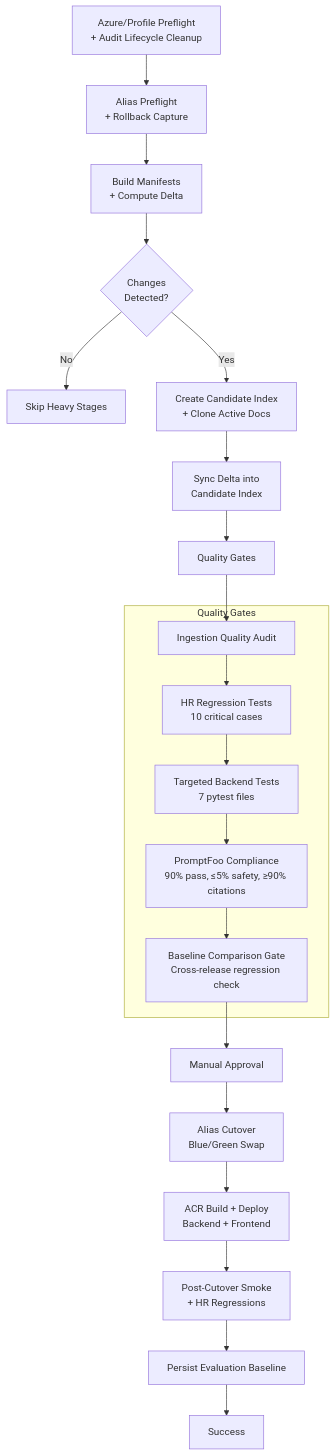
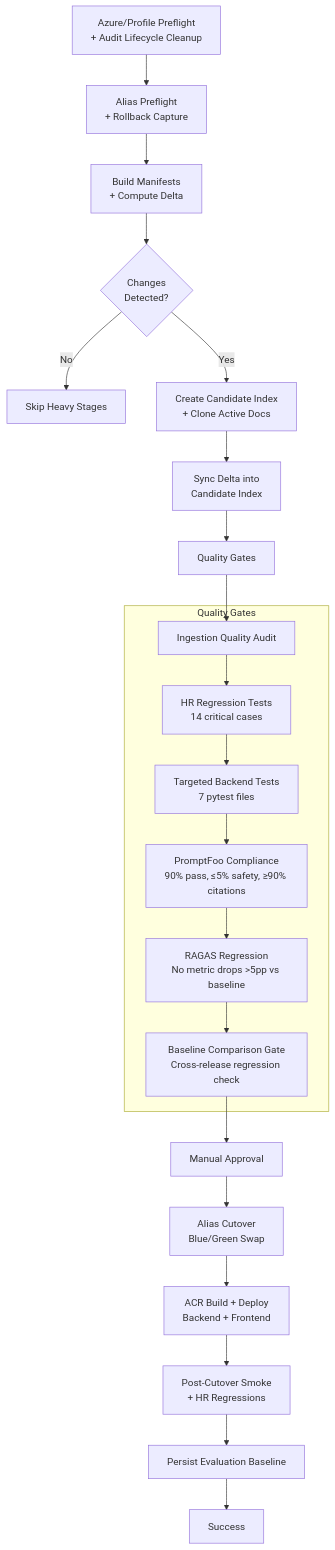
Before and after one commit to sajor2000/rush_policy_rag: the first of 2 diagrams in docs/AUDIT_AND_QUALITY.md, drawn with Mermaid. The commit also changed other lines of this file and 30 other files, not shown here.

````diff
--- a/docs/AUDIT_AND_QUALITY.md
+++ b/docs/AUDIT_AND_QUALITY.md
@@ -237,26 +237,27 @@
 ```mermaid
 flowchart TB
     A[Azure/Profile Preflight<br>+ Audit Lifecycle Cleanup] --> B[Alias Preflight<br>+ Rollback Capture]
     B --> C[Build Manifests<br>+ Compute Delta]
     C --> D{Changes<br>Detected?}
     D -->|No| Z[Skip Heavy Stages]
     D -->|Yes| E[Create Candidate Index<br>+ Clone Active Docs]
     E --> F[Sync Delta into<br>Candidate Index]
     F --> G[Quality Gates]
 
     subgraph gates [Quality Gates]
         G1[Ingestion Quality Audit]
-        G2[HR Regression Tests<br>10 critical cases]
+        G2[HR Regression Tests<br>14 critical cases]
         G3[Targeted Backend Tests<br>7 pytest files]
         G4[PromptFoo Compliance<br>90% pass, ≤5% safety, ≥90% citations]
-        G5[Baseline Comparison Gate<br>Cross-release regression check]
+        G5[RAGAS Regression<br>No metric drops >5pp vs baseline]
+        G6[Baseline Comparison Gate<br>Cross-release regression check]
     end
 
-    G --> G1 --> G2 --> G3 --> G4 --> G5
-    G5 --> H[Manual Approval]
+    G --> G1 --> G2 --> G3 --> G4 --> G5 --> G6
+    G6 --> H[Manual Approval]
     H --> I[Alias Cutover<br>Blue/Green Swap]
     I --> J[ACR Build + Deploy<br>Backend + Frontend]
     J --> K[Post-Cutover Smoke<br>+ HR Regressions]
     K --> L[Persist Evaluation Baseline]
     L --> M[Success]
 ```
````
